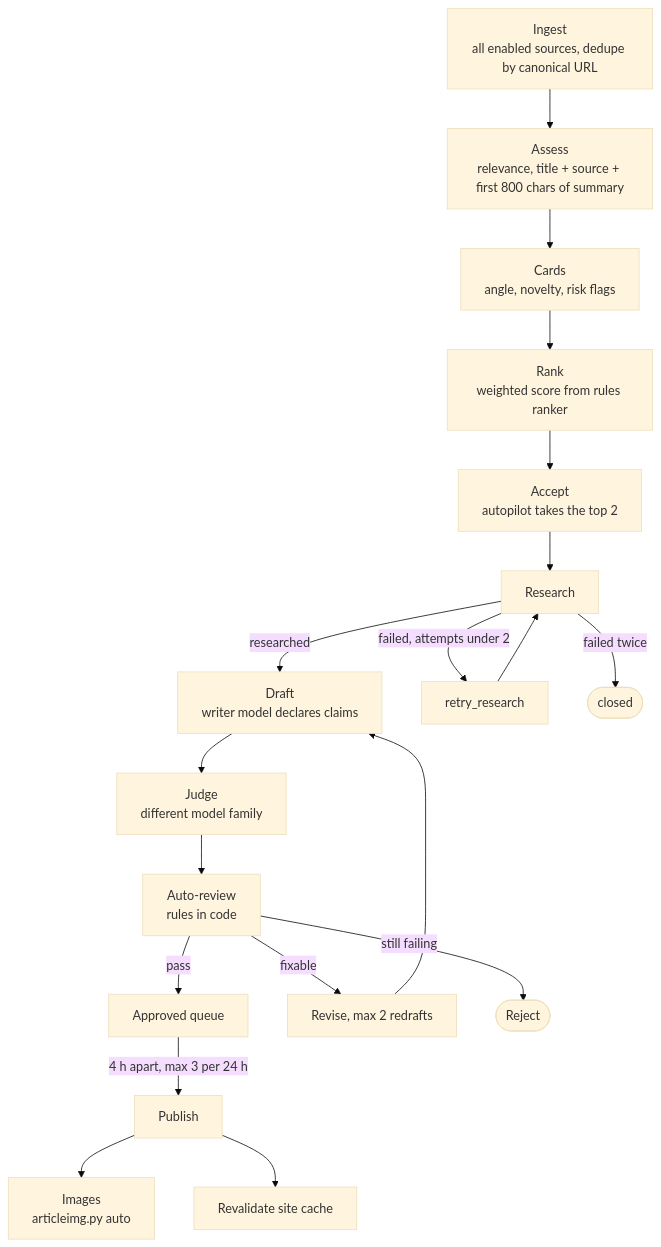
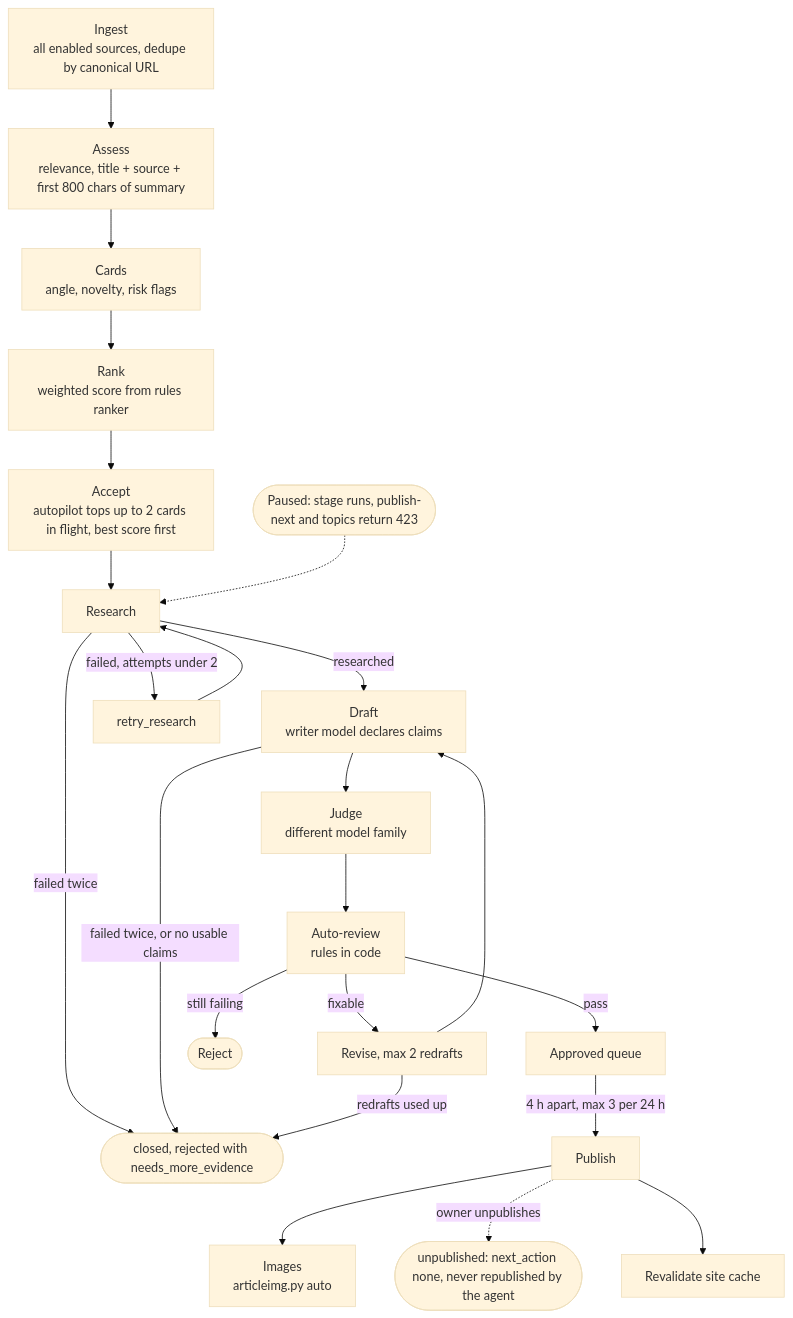
One commit to suraj-shrivastav/signalforge changed the second of 2 diagrams in ARCHITECTURE.md. Above: the diagram before and after it, drawn with Mermaid (base theme). The commit also changed other lines of this file and 13 other files, not shown here.

````diff
--- a/ARCHITECTURE.md
+++ b/ARCHITECTURE.md
@@ -58,21 +62,25 @@
 ```mermaid
 flowchart TD
     I["Ingest<br/>all enabled sources, dedupe by canonical URL"] --> A["Assess<br/>relevance, title + source + first 800 chars of summary"]
     A --> C["Cards<br/>angle, novelty, risk flags"]
     C --> RK["Rank<br/>weighted score from rules ranker"]
-    RK --> AC["Accept<br/>autopilot takes the top 2"]
+    RK --> AC["Accept<br/>autopilot tops up to 2 cards in flight, best score first"]
     AC --> R["Research"]
+    PS(["Paused: stage runs, publish-next and topics return 423"]) -.-> R
     R -->|"researched"| D["Draft<br/>writer model declares claims"]
     R -->|"failed, attempts under 2"| RR["retry_research"]
     RR --> R
-    R -->|"failed twice"| PK(["closed"])
+    R -->|"failed twice"| PK(["closed, rejected with needs_more_evidence"])
+    D -->|"failed twice, or no usable claims"| PK
     D --> J["Judge<br/>different model family"]
     J --> AR["Auto-review<br/>rules in code"]
     AR -->|"pass"| Q["Approved queue"]
     AR -->|"fixable"| RV["Revise, max 2 redrafts"]
     RV --> D
+    RV -->|"redrafts used up"| PK
     AR -->|"still failing"| RJ(["Reject"])
     Q -->|"4 h apart, max 3 per 24 h"| PUB["Publish"]
     PUB --> IMG["Images<br/>articleimg.py auto"]
+    PUB -.->|"owner unpublishes"| UP(["unpublished: next_action none, never republished by the agent"])
     PUB --> RV2["Revalidate site cache"]
 ```
````
